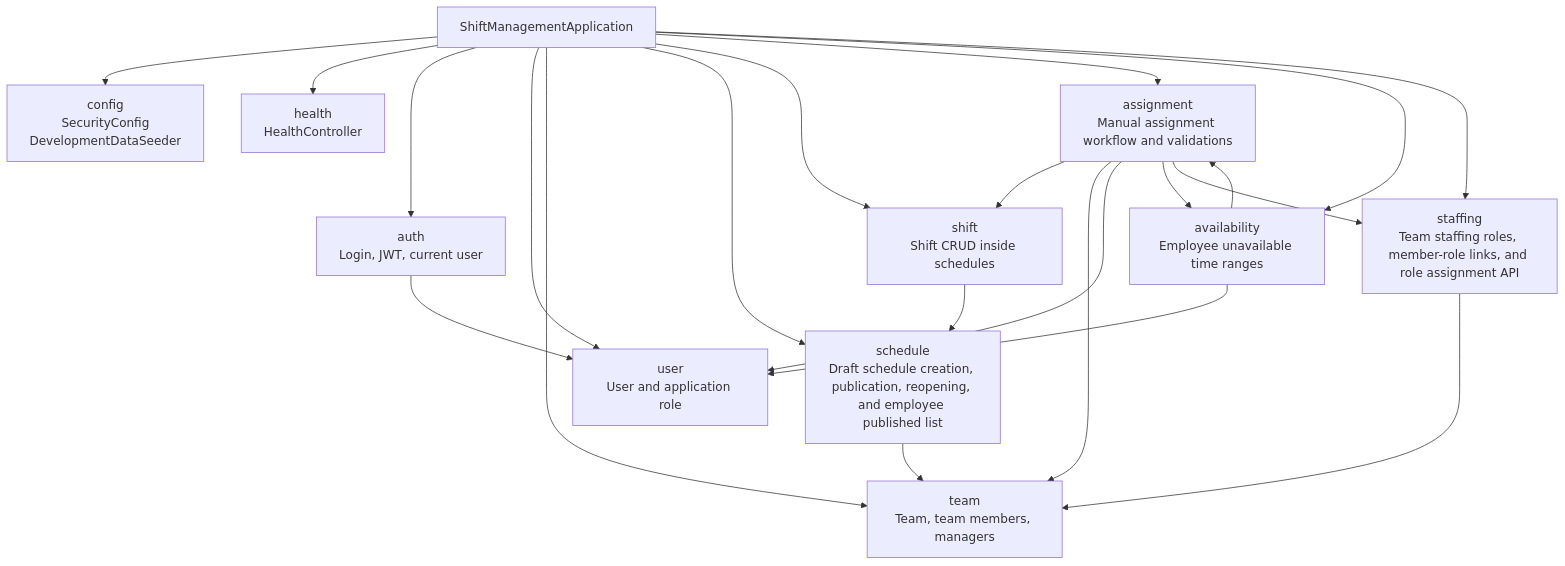
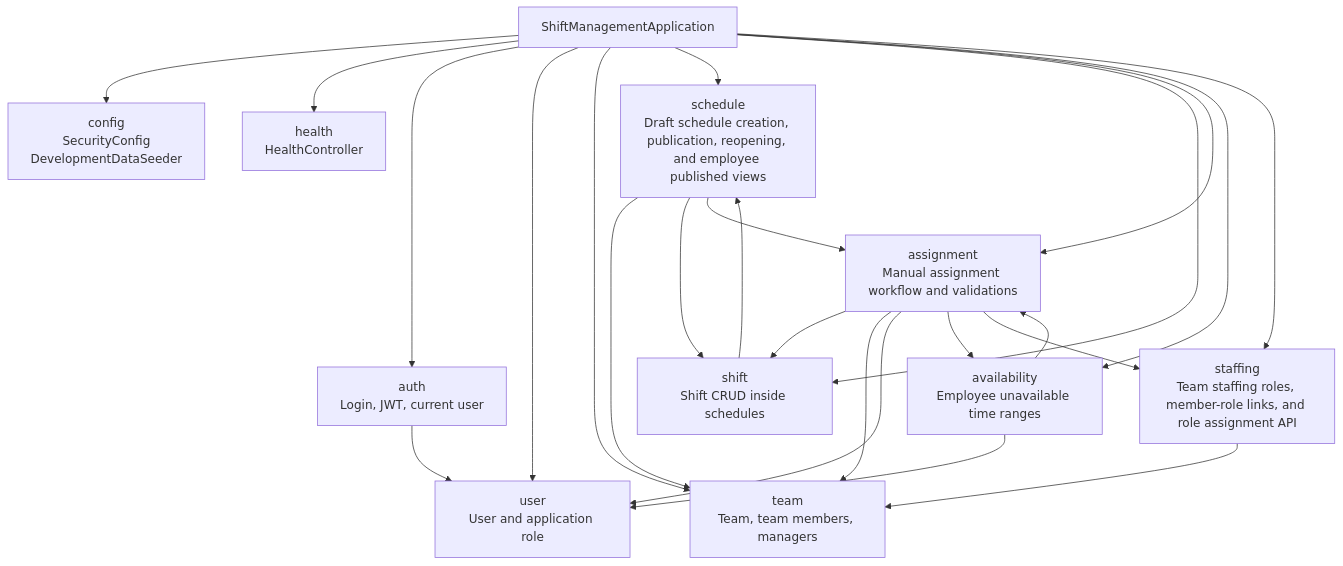
One commit to HiliMor/shift-management-system changed the second of 13 diagrams in docs/current-backend-architecture.md. Above: the diagram before and after it, drawn with Mermaid. The commit also changed other lines of this file and 9 other files, not shown here.

Commit message:
Add employee published schedule details

````diff
--- a/docs/current-backend-architecture.md
+++ b/docs/current-backend-architecture.md
@@ -30,38 +30,40 @@
 ```mermaid
 flowchart TD
     app["ShiftManagementApplication"]
 
     config["config<br/>SecurityConfig<br/>DevelopmentDataSeeder"]
     health["health<br/>HealthController"]
     auth["auth<br/>Login, JWT, current user"]
     user["user<br/>User and application role"]
     team["team<br/>Team, team members, managers"]
-    schedule["schedule<br/>Draft schedule creation, publication, reopening, and employee published list"]
+    schedule["schedule<br/>Draft schedule creation, publication, reopening, and employee published views"]
     shift["shift<br/>Shift CRUD inside schedules"]
     assignment["assignment<br/>Manual assignment workflow and validations"]
     availability["availability<br/>Employee unavailable time ranges"]
     staffing["staffing<br/>Team staffing roles, member-role links, and role assignment API"]
 
     app --> config
     app --> health
     app --> auth
     app --> user
     app --> team
     app --> schedule
     app --> shift
     app --> assignment
     app --> availability
     app --> staffing
 
     auth --> user
     schedule --> team
+    schedule --> shift
+    schedule --> assignment
     shift --> schedule
     assignment --> shift
     assignment --> team
     assignment --> user
     assignment --> availability
     assignment --> staffing
     availability --> user
     availability --> assignment
     staffing --> team
 ```
````
